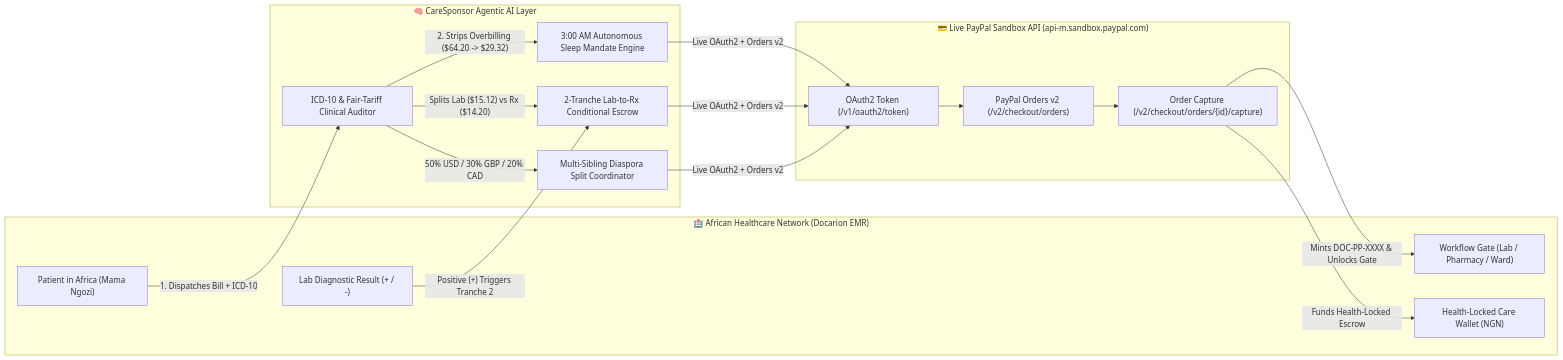
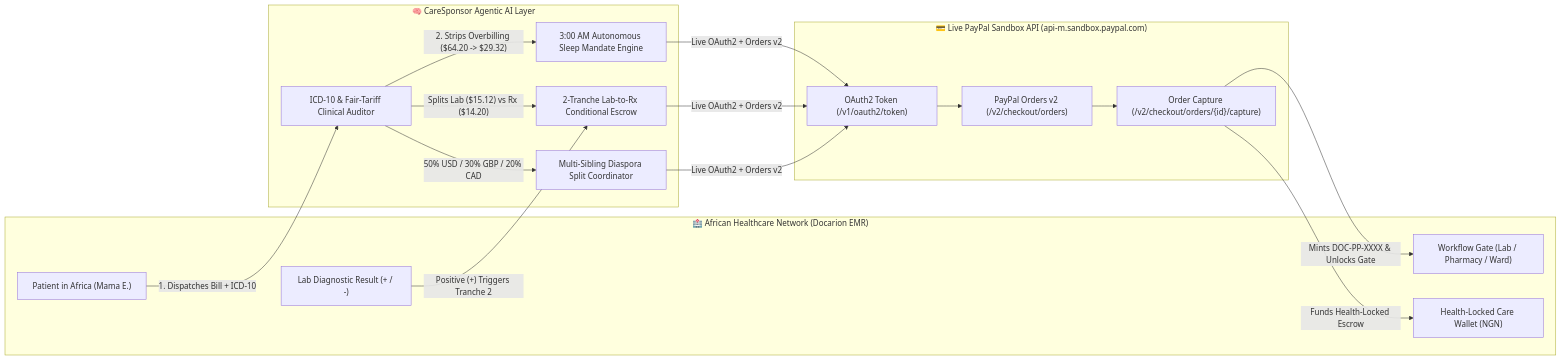
The diagram in README.md (mannasync-cpu/docarion-caresponsor-ai), drawn with Mermaid before and after one commit. The commit also changed other lines of this file and 3 other files, not shown here.

````diff
--- a/README.md
+++ b/README.md
@@ -67,31 +68,31 @@
 ```mermaid
 flowchart LR
     subgraph Africa["🏥 African Healthcare Network (Docarion EMR)"]
-        PAT["Patient in Africa (Mama Ngozi)"]
+        PAT["Patient in Africa (Mama E.)"]
         LAB["Lab Diagnostic Result (+ / -)"]
         GATE["Workflow Gate (Lab / Pharmacy / Ward)"]
         WLT["Health-Locked Care Wallet (NGN)"]
     end
 
     subgraph AgenticAI["🧠 CareSponsor Agentic AI Layer"]
         AUD["ICD-10 & Fair-Tariff Clinical Auditor"]
         MAN["3:00 AM Autonomous Sleep Mandate Engine"]
         ESC["2-Tranche Lab-to-Rx Conditional Escrow"]
         POOL["Multi-Sibling Diaspora Split Coordinator"]
     end
 
     subgraph PayPalPlatform["💳 Live PayPal Sandbox API (api-m.sandbox.paypal.com)"]
         OAUTH["OAuth2 Token (/v1/oauth2/token)"]
         ORD["PayPal Orders v2 (/v2/checkout/orders)"]
         CAP["Order Capture (/v2/checkout/orders/{id}/capture)"]
     end
 
     PAT -->|"1. Dispatches Bill + ICD-10"| AUD
     AUD -->|"2. Strips Overbilling ($64.20 -> $29.32)"| MAN
     AUD -->|"Splits Lab ($15.12) vs Rx ($14.20)"| ESC
     AUD -->|"50% USD / 30% GBP / 20% CAD"| POOL
     LAB -->|"Positive (+) Triggers Tranche 2"| ESC
     MAN & ESC & POOL -->|"Live OAuth2 + Orders v2"| OAUTH --> ORD --> CAP
     CAP -->|"Mints DOC-PP-XXXX & Unlocks Gate"| GATE
     CAP -->|"Funds Health-Locked Escrow"| WLT
 ```
````
